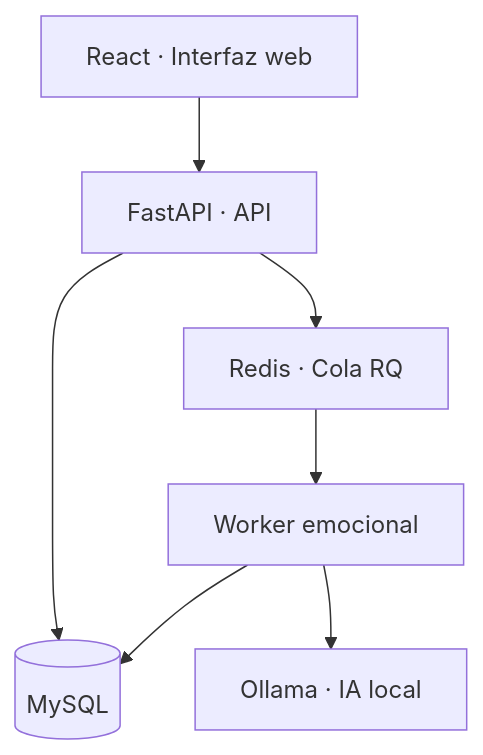
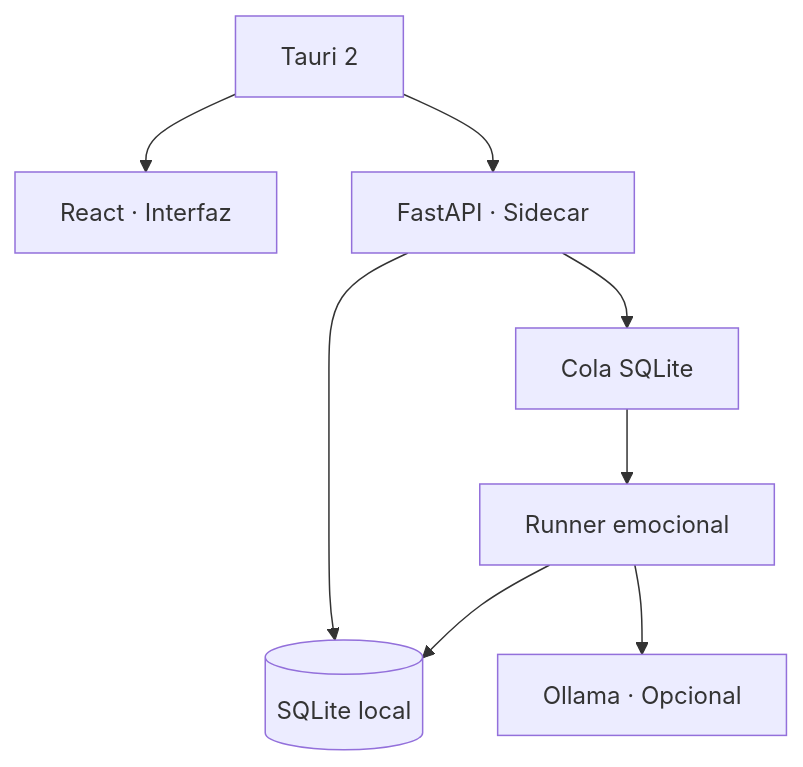
The second of 2 diagrams in README.md (ELROKA02/EmoVest), drawn with Mermaid before and after one commit. The commit also changed other lines of this file and 88 other files, not shown here.

````diff
--- a/README.md
+++ b/README.md
@@ -135,9 +118,10 @@
 ```mermaid
 flowchart TB
-    UI["React · Interfaz web"] --> API["FastAPI · API"]
-    API --> DB[("MySQL")]
-    API --> Q["Redis · Cola RQ"]
-    Q --> W["Worker emocional"]
-    W --> AI["Ollama · IA local"]
+    T["Tauri 2"] --> UI["React · Interfaz"]
+    T --> API["FastAPI · Sidecar"]
+    API --> DB[("SQLite local")]
+    API --> Q["Cola SQLite"]
+    Q --> W["Runner emocional"]
+    W --> AI["Ollama · Opcional"]
     W --> DB
 ```
````
